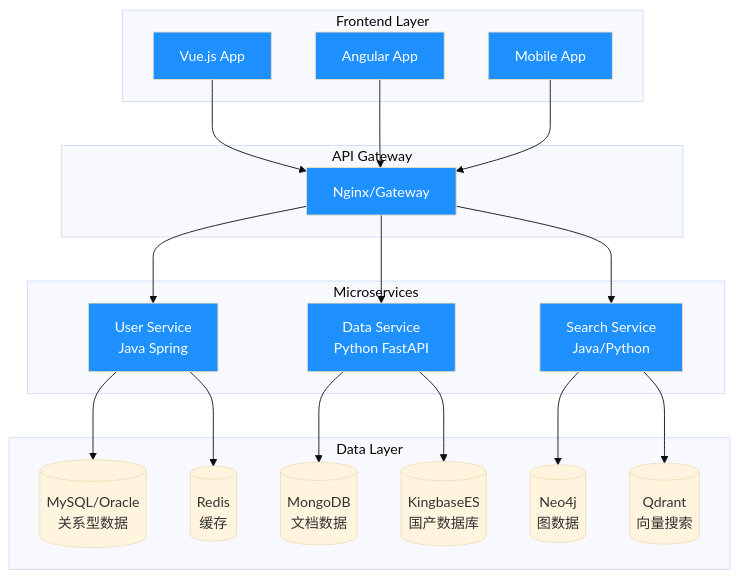
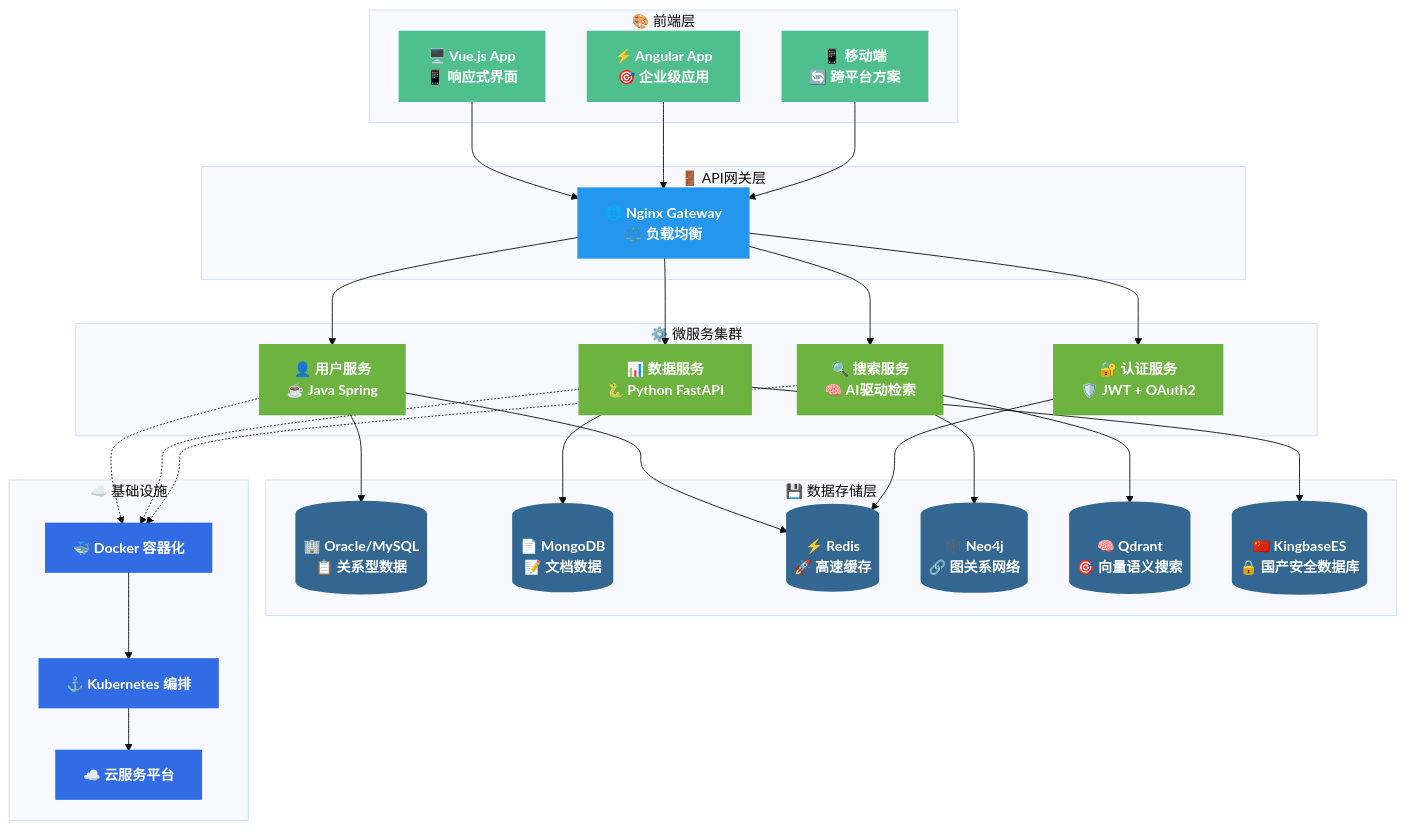
One commit to Anarkh-Lee/Anarkh-Lee changed the diagram in README.md. Above: the diagram before and after it, drawn with Mermaid (base theme). The commit also changed other lines of this file, not shown here.

````diff
--- a/README.md
+++ b/README.md
@@ -139,50 +182,70 @@
 ```mermaid
 graph TB
-    subgraph "Frontend Layer"
-        A1[Vue.js App]
-        A2[Angular App]
-        A3[Mobile App]
+    subgraph "🎨 前端层"
+        A1[🖥️ Vue.js App<br/>📱 响应式界面]
+        A2[⚡ Angular App<br/>🎯 企业级应用]
+        A3[📱 移动端<br/>🔄 跨平台方案]
     end
     
-    subgraph "API Gateway"
-        B[Nginx/Gateway]
+    subgraph "🚪 API网关层"
+        B[🌐 Nginx Gateway<br/>⚖️ 负载均衡]
     end
     
-    subgraph "Microservices"
-        C1[User Service<br/>Java Spring]
-        C2[Data Service<br/>Python FastAPI]
-        C3[Search Service<br/>Java/Python]
+    subgraph "⚙️ 微服务集群"
+        C1[👤 用户服务<br/>☕ Java Spring]
+        C2[📊 数据服务<br/>🐍 Python FastAPI]
+        C3[🔍 搜索服务<br/>🧠 AI驱动检索]
+        C4[🔐 认证服务<br/>🛡️ JWT + OAuth2]
     end
     
-    subgraph "Data Layer"
-        D1[(MySQL/Oracle<br/>关系型数据)]
-        D2[(MongoDB<br/>文档数据)]
-        D3[(Redis<br/>缓存)]
-        D4[(Neo4j<br/>图数据)]
-        D5[(Qdrant<br/>向量搜索)]
-        D6[(KingbaseES<br/>国产数据库)]
+    subgraph "💾 数据存储层"
+        D1[(🏢 Oracle/MySQL<br/>📋 关系型数据)]
+        D2[(📄 MongoDB<br/>📝 文档数据)]
+        D3[(⚡ Redis<br/>🚀 高速缓存)]
+        D4[(🕸️ Neo4j<br/>🔗 图关系网络)]
+        D5[(🧠 Qdrant<br/>🎯 向量语义搜索)]
+        D6[(🇨🇳 KingbaseES<br/>🔒 国产安全数据库)]
+    end
+    
+    subgraph "☁️ 基础设施"
+        E1[🐳 Docker 容器化]
+        E2[⚓ Kubernetes 编排]
+        E3[☁️ 云服务平台]
     end
     
     A1 --> B
     A2 --> B
     A3 --> B
     
     B --> C1
     B --> C2
     B --> C3
+    B --> C4
     
     C1 --> D1
     C1 --> D3
     C2 --> D2
     C2 --> D6
     C3 --> D4
     C3 --> D5
+    C4 --> D3
     
-    style A1 fill:#1E90FF,color:#fff
-    style A2 fill:#1E90FF,color:#fff
-    style A3 fill:#1E90FF,color:#fff
-    style B fill:#1E90FF,color:#fff
-    style C1 fill:#1E90FF,color:#fff
-    style C2 fill:#1E90FF,color:#fff
-    style C3 fill:#1E90FF,color:#fff
+    C1 -.-> E1
+    C2 -.-> E1
+    C3 -.-> E1
+    E1 --> E2
+    E2 --> E3
+    
+    %% 样式定义
+    classDef frontendStyle fill:#4FC08D,stroke:#4FC08D,stroke-width:3px,color:#fff,font-weight:bold
+    classDef gatewayStyle fill:#2496ED,stroke:#2496ED,stroke-width:3px,color:#fff,font-weight:bold
+    classDef serviceStyle fill:#6DB33F,stroke:#6DB33F,stroke-width:3px,color:#fff,font-weight:bold
+    classDef dataStyle fill:#336791,stroke:#336791,stroke-width:3px,color:#fff,font-weight:bold
+    classDef infraStyle fill:#326CE5,stroke:#326CE5,stroke-width:3px,color:#fff,font-weight:bold
+    
+    class A1,A2,A3 frontendStyle
+    class B gatewayStyle
+    class C1,C2,C3,C4 serviceStyle
+    class D1,D2,D3,D4,D5,D6 dataStyle
+    class E1,E2,E3 infraStyle
 ```
````
